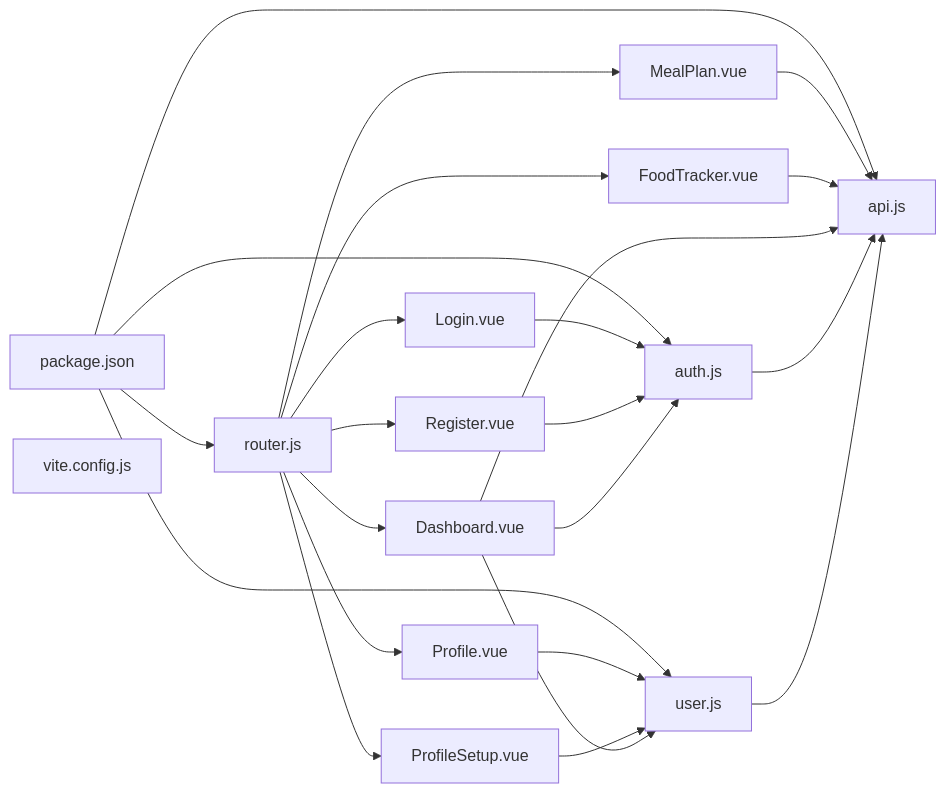
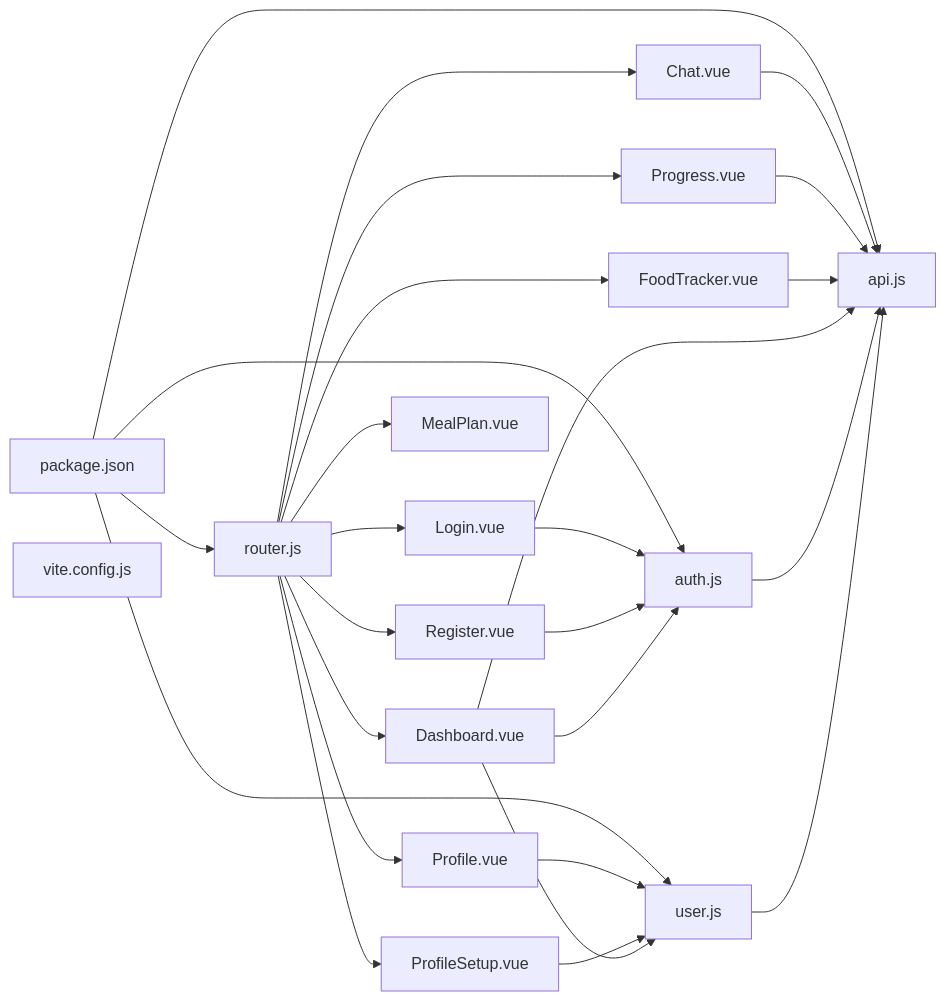
One commit to hsarjun04-netizen/NUTRICooACH changed the third of 3 diagrams in .qoder/repowiki/en/content/Frontend Application/Component Documentation.md. Above: the diagram before and after it, drawn with Mermaid. The commit also changed other lines of this file and 8 other files, not shown here.

Commit message:
Redesign Dashboard: dark sidebar, hero banner, activity chart, calendar, donut chart, water tracker

````diff
--- a/.qoder/repowiki/en/content/Frontend Application/Component Documentation.md
+++ b/.qoder/repowiki/en/content/Frontend Application/Component Documentation.md
@@ -376,38 +486,43 @@
 ```mermaid
 graph LR
 PJSON["package.json"]
 VITE["vite.config.js"]
 ROUTER["router.js"]
 AUTH["auth.js"]
 USER["user.js"]
 API["api.js"]
 LOGIN["Login.vue"]
 REGISTER["Register.vue"]
 PROFILE["Profile.vue"]
 PROFILE_SETUP["ProfileSetup.vue"]
 DASHBOARD["Dashboard.vue"]
 MEAL["MealPlan.vue"]
 TRACKER["FoodTracker.vue"]
+CHAT["Chat.vue"]
+PROGRESS["Progress.vue"]
 PJSON --> ROUTER
 PJSON --> AUTH
 PJSON --> USER
 PJSON --> API
 ROUTER --> LOGIN
 ROUTER --> REGISTER
 ROUTER --> PROFILE
 ROUTER --> PROFILE_SETUP
 ROUTER --> DASHBOARD
 ROUTER --> MEAL
 ROUTER --> TRACKER
+ROUTER --> CHAT
+ROUTER --> PROGRESS
 LOGIN --> AUTH
 REGISTER --> AUTH
 PROFILE --> USER
 PROFILE_SETUP --> USER
 DASHBOARD --> AUTH
 DASHBOARD --> USER
-MEAL --> API
+CHAT --> API
+PROGRESS --> API
 TRACKER --> API
 DASHBOARD --> API
 AUTH --> API
 USER --> API
 ```
````
